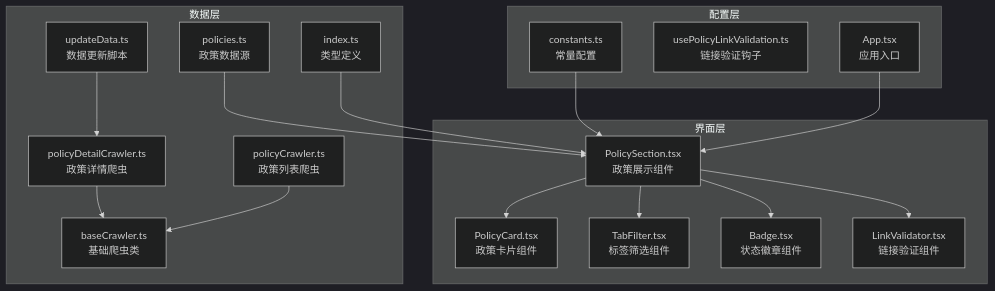
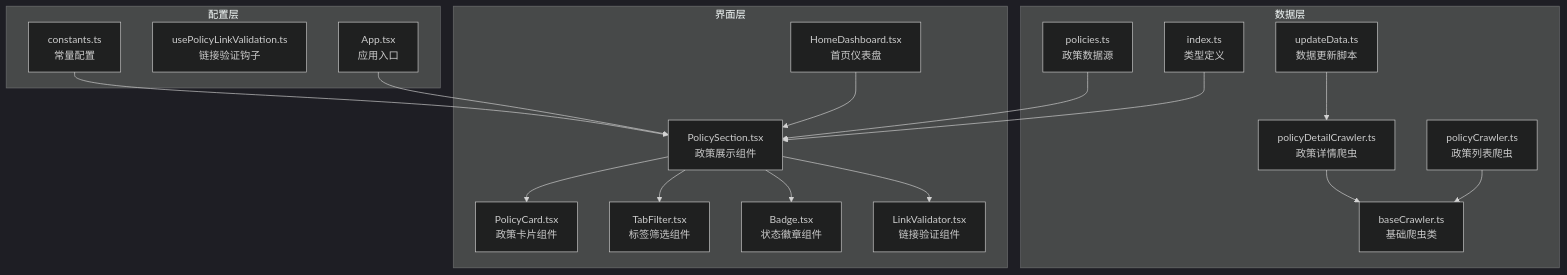
Before and after one commit to liangxuanliang-cmd/carbon-info-agent: the first of 10 diagrams in .qoder/repowiki/zh/content/数据管理/政策数据管理/政策数据管理.md, drawn with Mermaid (dark theme). The commit also changed other lines of this file and 5 other files, not shown here.

````diff
--- a/.qoder/repowiki/zh/content/数据管理/政策数据管理/政策数据管理.md
+++ b/.qoder/repowiki/zh/content/数据管理/政策数据管理/政策数据管理.md
@@ -55,34 +57,36 @@
 ```mermaid
 graph TB
 subgraph "数据层"
 Policies[policies.ts<br/>政策数据源]
 Types[index.ts<br/>类型定义]
 UpdateData[updateData.ts<br/>数据更新脚本]
 PolicyDetailCrawler[policyDetailCrawler.ts<br/>政策详情爬虫]
 PolicyCrawler[policyCrawler.ts<br/>政策列表爬虫]
 BaseCrawler[baseCrawler.ts<br/>基础爬虫类]
 end
 subgraph "界面层"
 PolicySection[PolicySection.tsx<br/>政策展示组件]
 PolicyCard[PolicyCard.tsx<br/>政策卡片组件]
 TabFilter[TabFilter.tsx<br/>标签筛选组件]
 Badge[Badge.tsx<br/>状态徽章组件]
 LinkValidator[LinkValidator.tsx<br/>链接验证组件]
+HomeDashboard[HomeDashboard.tsx<br/>首页仪表盘]
 end
 subgraph "配置层"
 Constants[constants.ts<br/>常量配置]
 Hooks[usePolicyLinkValidation.ts<br/>链接验证钩子]
 App[App.tsx<br/>应用入口]
 end
 Policies --> PolicySection
 Types --> PolicySection
 PolicySection --> PolicyCard
 PolicySection --> TabFilter
 PolicySection --> Badge
 PolicySection --> LinkValidator
 Constants --> PolicySection
 UpdateData --> PolicyDetailCrawler
 PolicyDetailCrawler --> BaseCrawler
 PolicyCrawler --> BaseCrawler
 App --> PolicySection
+HomeDashboard --> PolicySection
 ```
````
